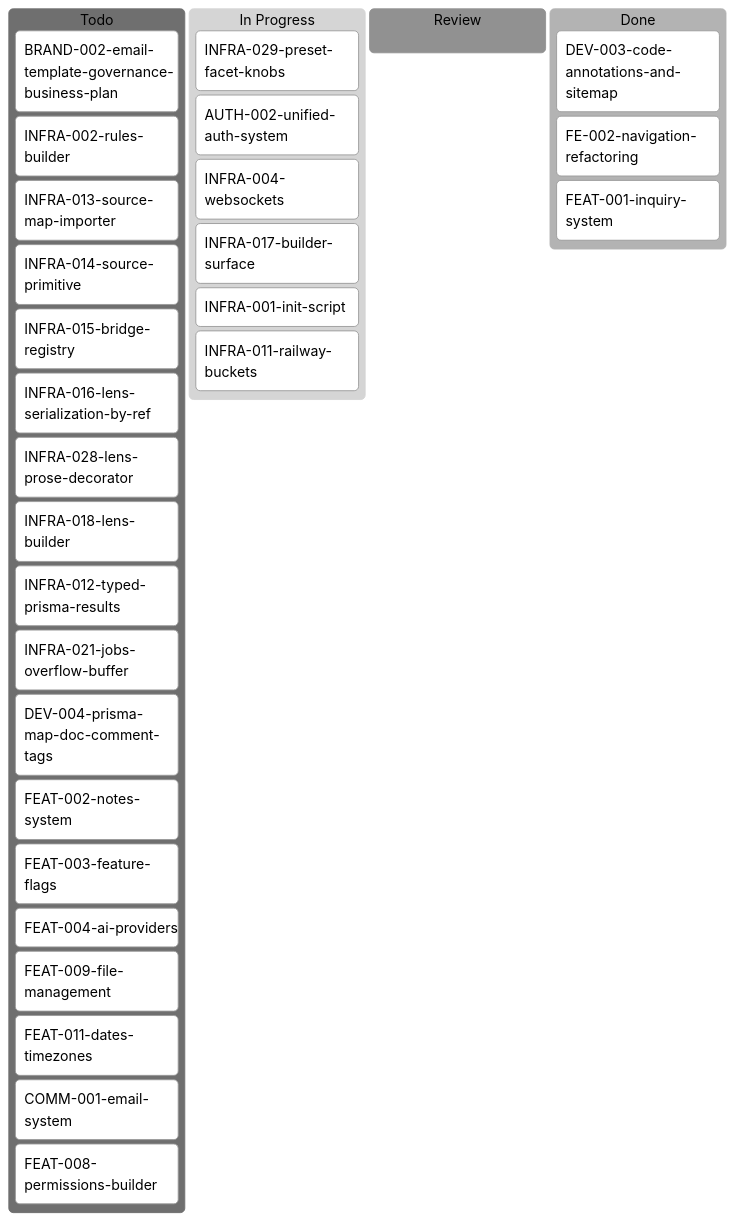
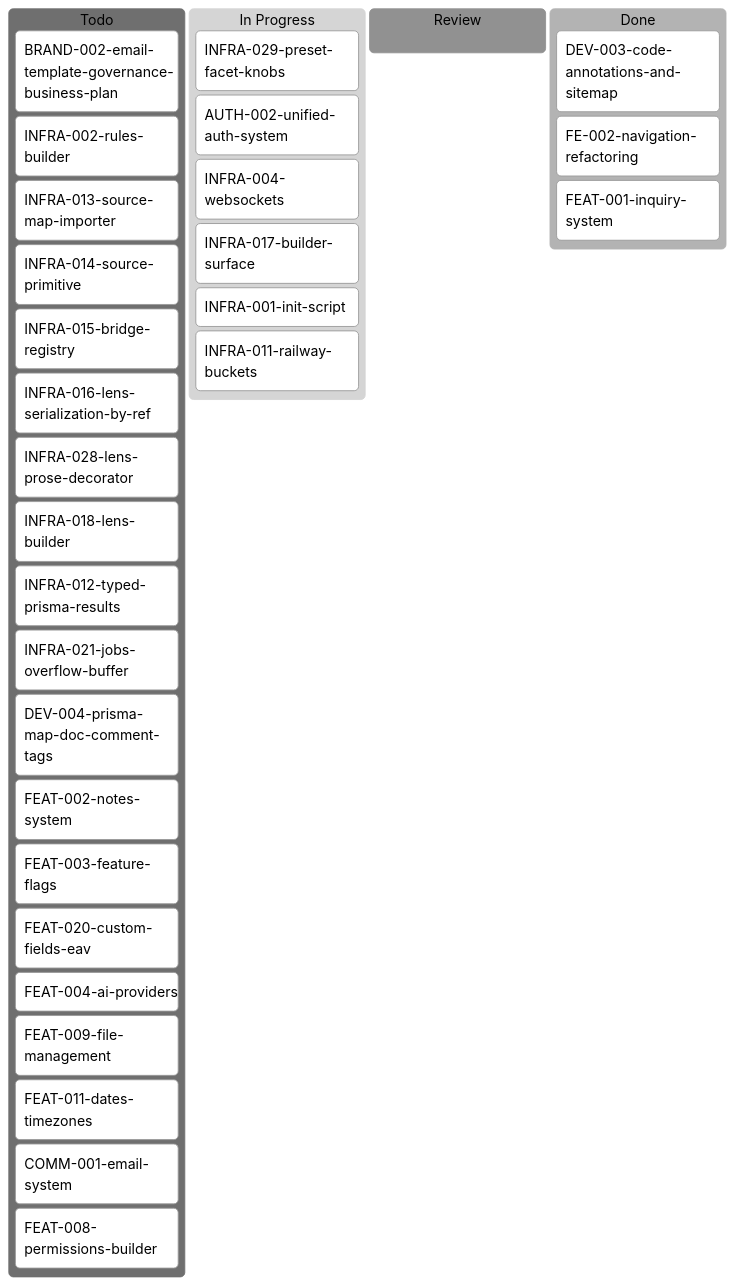
The diagram in tickets/kanban-aron.md (inixiative/template), drawn with Mermaid (neutral theme) before and after one commit. The commit also changed other lines of this file and 1 other file, not shown here.

Commit message:
FEAT-020: Custom Fields (EAV) — the enrichment substrate, with Zealot's lessons

````diff
--- a/tickets/kanban-aron.md
+++ b/tickets/kanban-aron.md
@@ -3,39 +3,40 @@
 ```mermaid
 ---
 config:
   kanban:
     ticketBaseUrl: 'https://github.com/yourorg/template/blob/main/tickets/#TICKET#'
 ---
 kanban
   Todo
     BRAND-002-email-template-governance-business-plan
     INFRA-002-rules-builder
     INFRA-013-source-map-importer
     INFRA-014-source-primitive
     INFRA-015-bridge-registry
     INFRA-016-lens-serialization-by-ref
     INFRA-028-lens-prose-decorator
     INFRA-018-lens-builder
     INFRA-012-typed-prisma-results
     INFRA-021-jobs-overflow-buffer
     DEV-004-prisma-map-doc-comment-tags
     FEAT-002-notes-system
     FEAT-003-feature-flags
+    FEAT-020-custom-fields-eav
     FEAT-004-ai-providers
     FEAT-009-file-management
     FEAT-011-dates-timezones
     COMM-001-email-system
     FEAT-008-permissions-builder
   In Progress
     INFRA-029-preset-facet-knobs
     AUTH-002-unified-auth-system
     INFRA-004-websockets
     INFRA-017-builder-surface
     INFRA-001-init-script
     INFRA-011-railway-buckets
   Review
   Done
     DEV-003-code-annotations-and-sitemap
     FE-002-navigation-refactoring
     FEAT-001-inquiry-system
 ```
````
